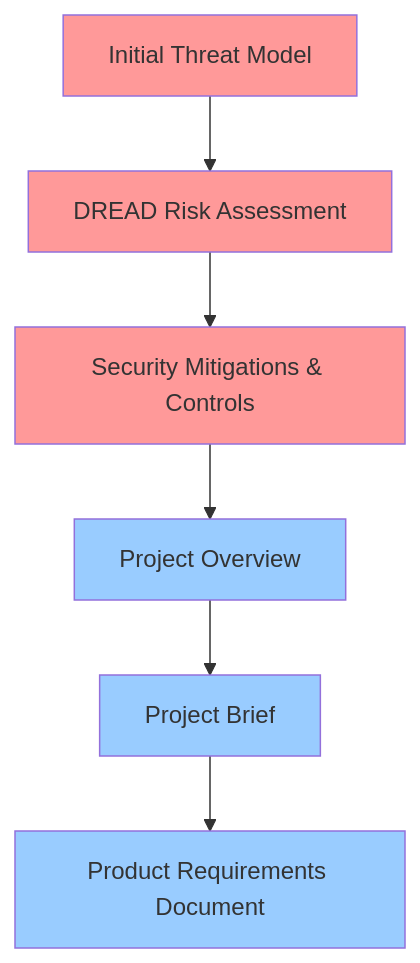
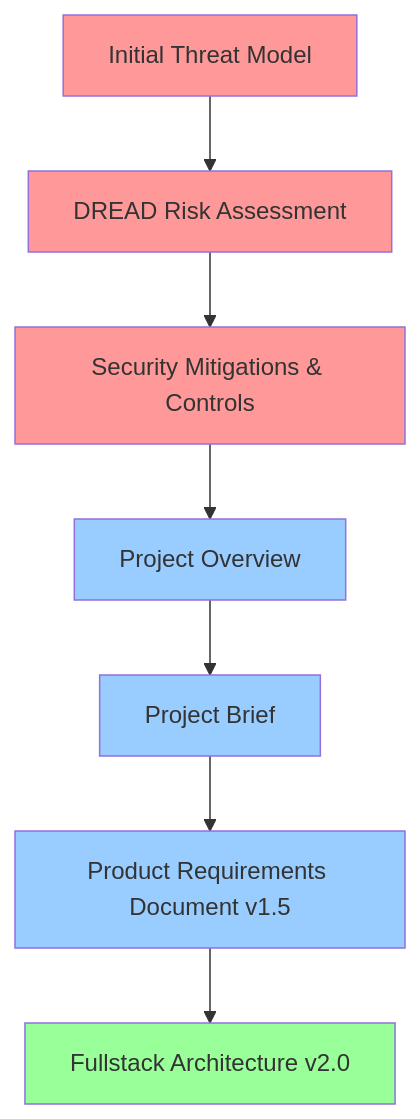
One commit to CyberSecAI/genai-sec-agents changed the diagram in docs/chats/BMAD/README.md. Above: the diagram before and after it, drawn with Mermaid. The commit also changed other lines of this file, not shown here.

````diff
--- a/docs/chats/BMAD/README.md
+++ b/docs/chats/BMAD/README.md
@@ -72,15 +92,17 @@
 ```mermaid
 graph TD
     A[Initial Threat Model] --> B[DREAD Risk Assessment]
     B --> C[Security Mitigations & Controls]
     C --> D[Project Overview]
     D --> E[Project Brief]
-    E --> F[Product Requirements Document]
+    E --> F[Product Requirements Document v1.5]
+    F --> G[Fullstack Architecture v2.0]
     
     style A fill:#ff9999
     style B fill:#ff9999
     style C fill:#ff9999
     style D fill:#99ccff
     style E fill:#99ccff
     style F fill:#99ccff
+    style G fill:#99ff99
 ```
````
